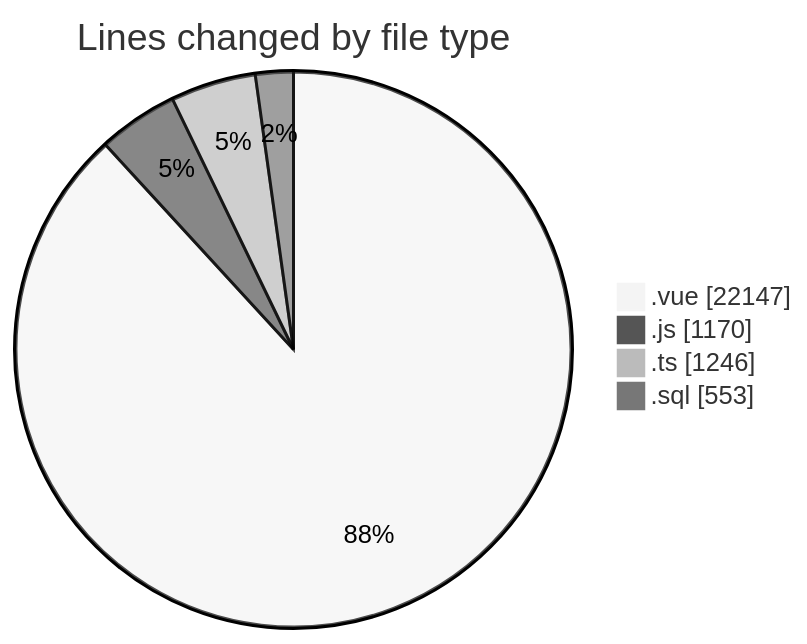
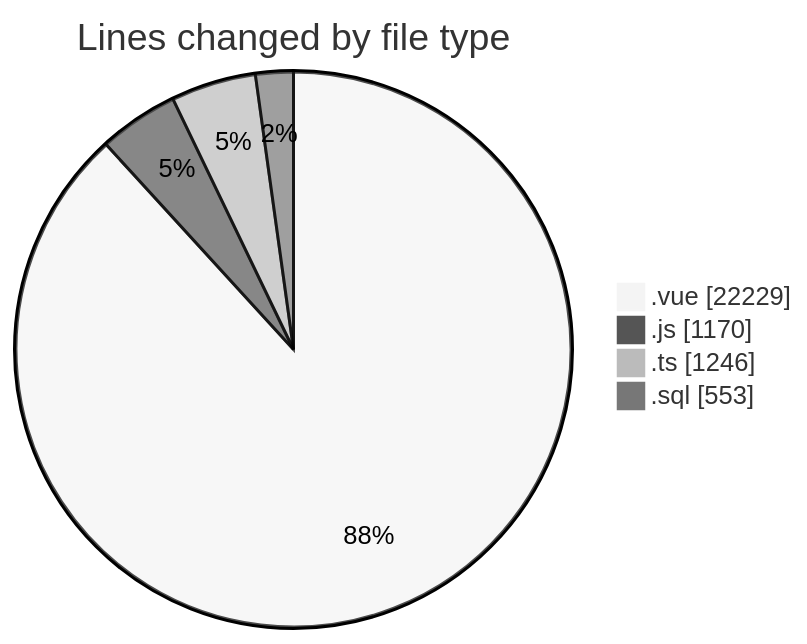
One commit to lephambinh05/code-tracking changed the first of 2 diagrams in 2025-08-13/rentotp/README.md. Above: the diagram before and after it, drawn with Mermaid (neutral theme). The commit also changed other lines of this file and 1 other file, not shown here.

````diff
--- a/2025-08-13/rentotp/README.md
+++ b/2025-08-13/rentotp/README.md
@@ -49,8 +49,8 @@
 ```mermaid
 pie showData
 title Lines changed by file type
-".vue" : 22147
+".vue" : 22229
 ".js" : 1170
 ".ts" : 1246
 ".sql" : 553
 ```
````
